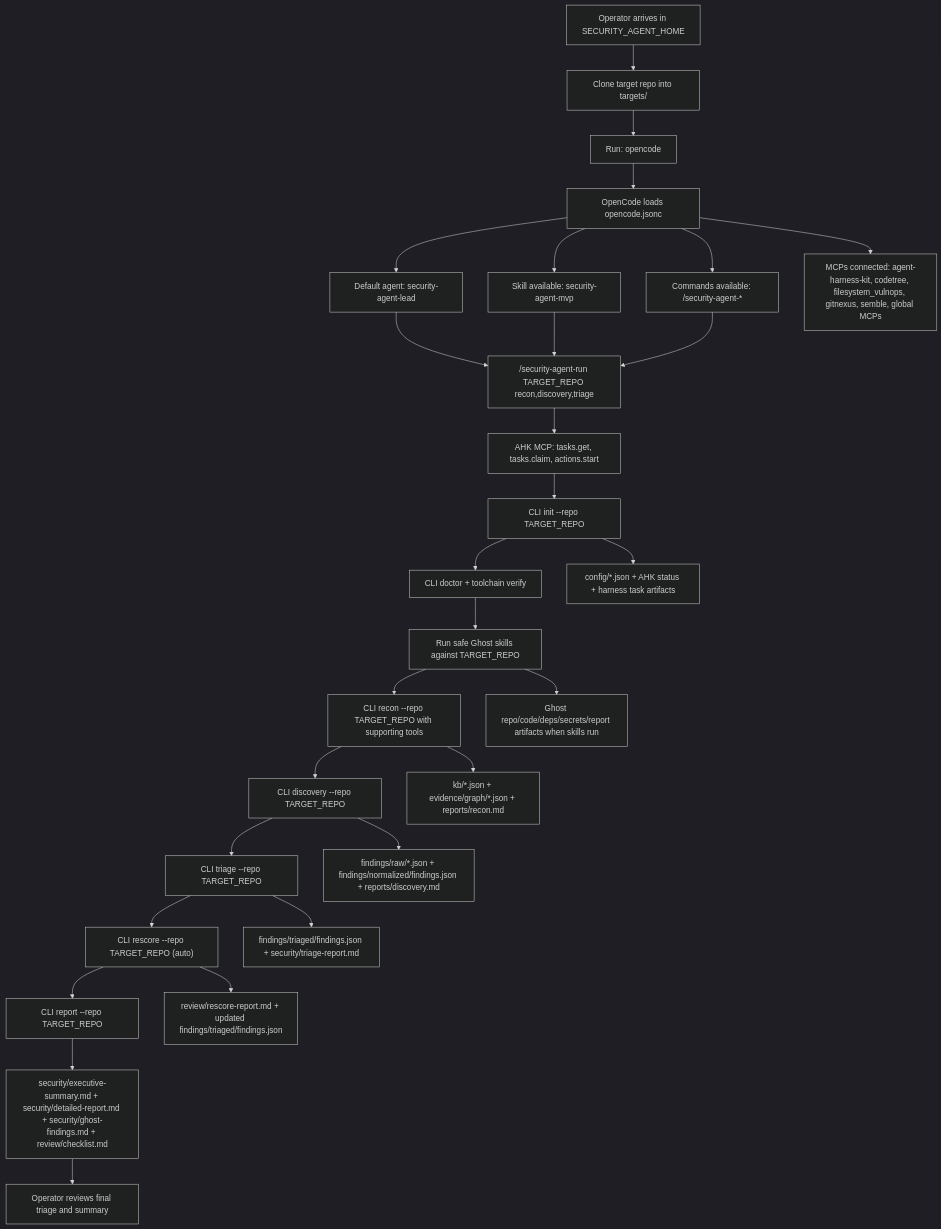
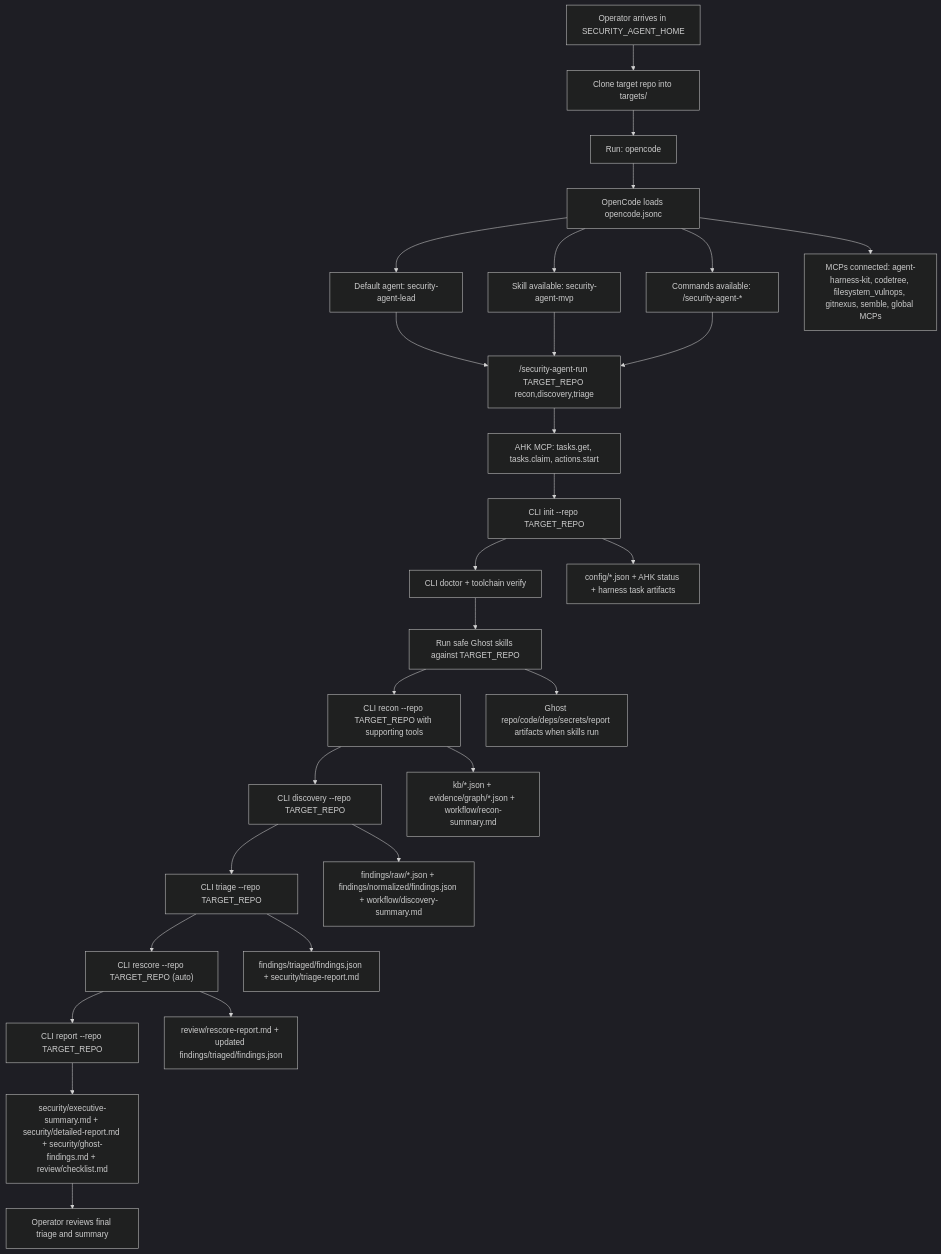
The first of 8 diagrams in docs/security-agent-flow.md (xfhg/security-agent), drawn with Mermaid (dark theme) before and after one commit. The commit also changed other lines of this file and 7 other files, not shown here.

````diff
--- a/docs/security-agent-flow.md
+++ b/docs/security-agent-flow.md
@@ -14,35 +14,35 @@
 ```mermaid
 flowchart TD
   Operator["Operator arrives in SECURITY_AGENT_HOME"] --> Clone["Clone target repo into targets/<reponame>"]
   Clone --> StartOC["Run: opencode"]
 
   StartOC --> OCConfig["OpenCode loads opencode.jsonc"]
   OCConfig --> AgentLead["Default agent: security-agent-lead"]
   OCConfig --> SkillMVP["Skill available: security-agent-mvp"]
   OCConfig --> Commands["Commands available: /security-agent-*"]
   OCConfig --> MCPs["MCPs connected: agent-harness-kit, codetree, filesystem_vulnops, gitnexus, semble, global MCPs"]
 
   AgentLead --> RunCmd["/security-agent-run TARGET_REPO recon,discovery,triage"]
   SkillMVP --> RunCmd
   Commands --> RunCmd
 
   RunCmd --> AHKClaim["AHK MCP: tasks.get, tasks.claim, actions.start"]
   AHKClaim --> Init["CLI init --repo TARGET_REPO"]
   Init --> Doctor["CLI doctor + toolchain verify"]
   Doctor --> GhostRun["Run safe Ghost skills against TARGET_REPO"]
   GhostRun --> Recon["CLI recon --repo TARGET_REPO with supporting tools"]
   Recon --> Discovery["CLI discovery --repo TARGET_REPO"]
   Discovery --> Triage["CLI triage --repo TARGET_REPO"]
   Triage --> Rescore["CLI rescore --repo TARGET_REPO (auto)"]
   Rescore --> Report["CLI report --repo TARGET_REPO"]
 
   Init --> InitArtifacts["config/*.json + AHK status + harness task artifacts"]
   GhostRun --> GhostArtifacts["Ghost repo/code/deps/secrets/report artifacts when skills run"]
-  Recon --> ReconArtifacts["kb/*.json + evidence/graph/*.json + reports/recon.md"]
-  Discovery --> DiscoveryArtifacts["findings/raw/*.json + findings/normalized/findings.json + reports/discovery.md"]
+  Recon --> ReconArtifacts["kb/*.json + evidence/graph/*.json + workflow/recon-summary.md"]
+  Discovery --> DiscoveryArtifacts["findings/raw/*.json + findings/normalized/findings.json + workflow/discovery-summary.md"]
   Triage --> TriageArtifacts["findings/triaged/findings.json + security/triage-report.md"]
   Rescore --> RescoreArtifacts["review/rescore-report.md + updated findings/triaged/findings.json"]
   Report --> ReportArtifacts["security/executive-summary.md + security/detailed-report.md + security/ghost-findings.md + review/checklist.md"]
 
   ReportArtifacts --> OperatorReview["Operator reviews final triage and summary"]
 ```
````
